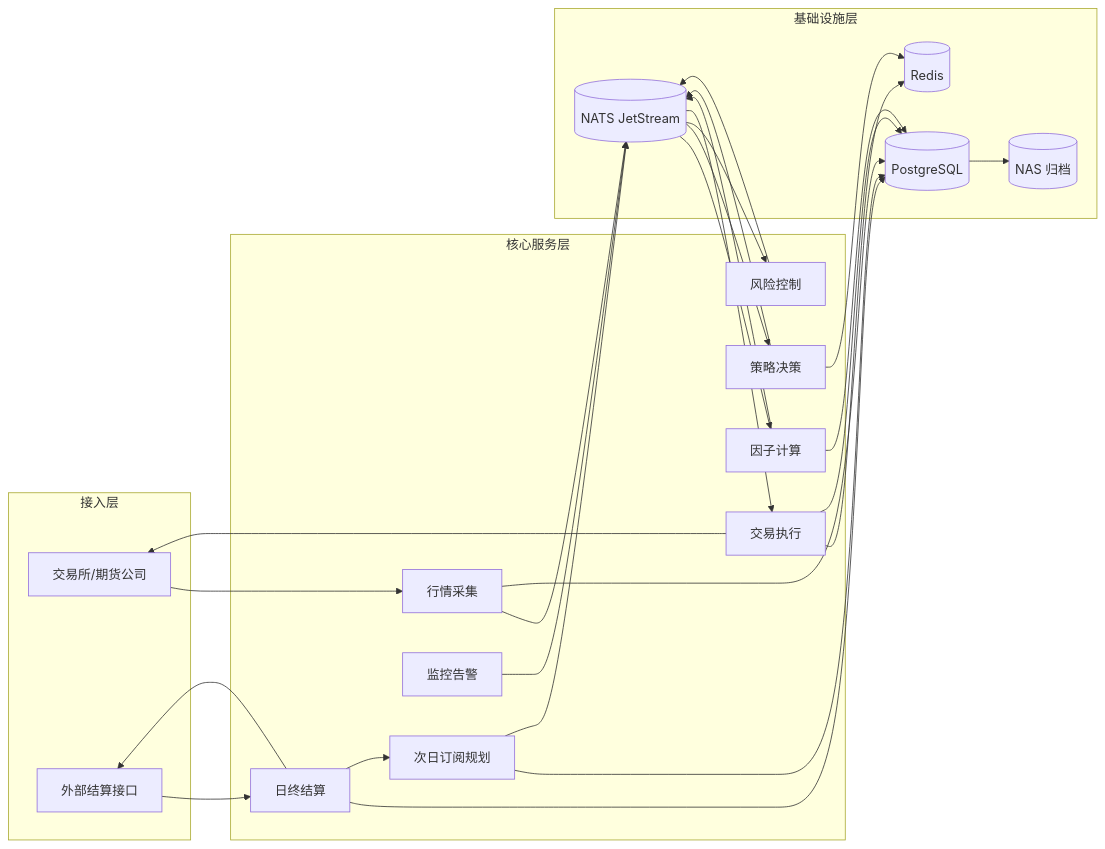
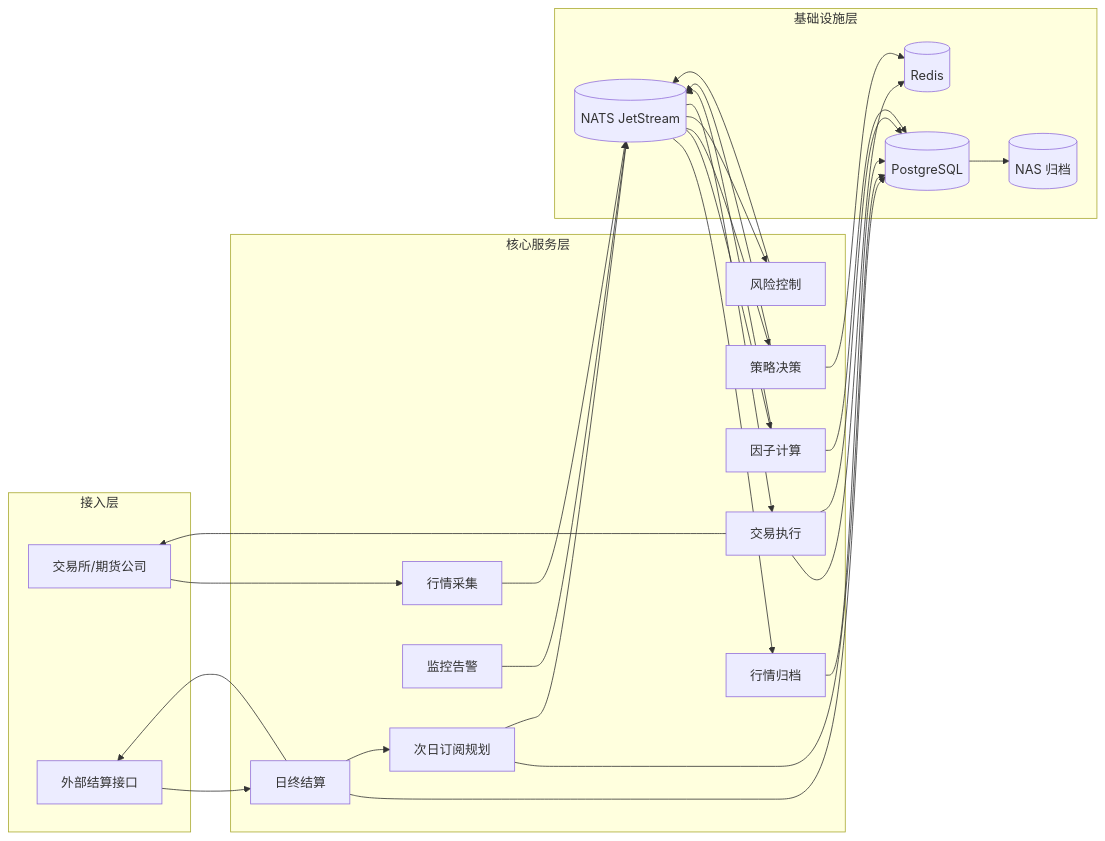
Before and after one commit to lancewliang/vnpy_hft: the first of 3 diagrams in docs/requirements/03_technical_architecture_diagram.md, drawn with Mermaid. The commit also changed other lines of this file and 3 other files, not shown here.

````diff
--- a/docs/requirements/03_technical_architecture_diagram.md
+++ b/docs/requirements/03_technical_architecture_diagram.md
@@ -14,54 +14,56 @@
 ```mermaid
 flowchart LR
     subgraph L1[接入层]
         EX[交易所/期货公司]
         API[外部结算接口]
     end
 
     subgraph L2[核心服务层]
         MC[行情采集]
+        MA[行情归档]
         FE[因子计算]
         SE[策略决策]
         RS[风险控制]
         OMS[交易执行]
         SS[日终结算]
         CSP[次日订阅规划]
         OBS[监控告警]
     end
 
     subgraph L3[基础设施层]
         MQ[(NATS JetStream)]
         PG[(PostgreSQL)]
         RD[(Redis)]
         NAS[(NAS 归档)]
     end
 
     EX --> MC
+    MC --> MQ
+    MQ --> MA
     MQ --> FE
     MQ --> SE
     MQ --> RS
     MQ --> OMS
 
-    MC --> MQ
     FE --> MQ
     SE --> MQ
     RS --> MQ
 
     OMS --> EX
     OMS --> RD
     SE --> RD
 
-    MC --> PG
+    MA --> PG
     FE --> PG
     OMS --> PG
     SS --> PG
     CSP --> PG
 
     SS --> API
     API --> SS
     SS --> CSP
     CSP --> MQ
 
     PG --> NAS
     OBS --> MQ
 ```
````
